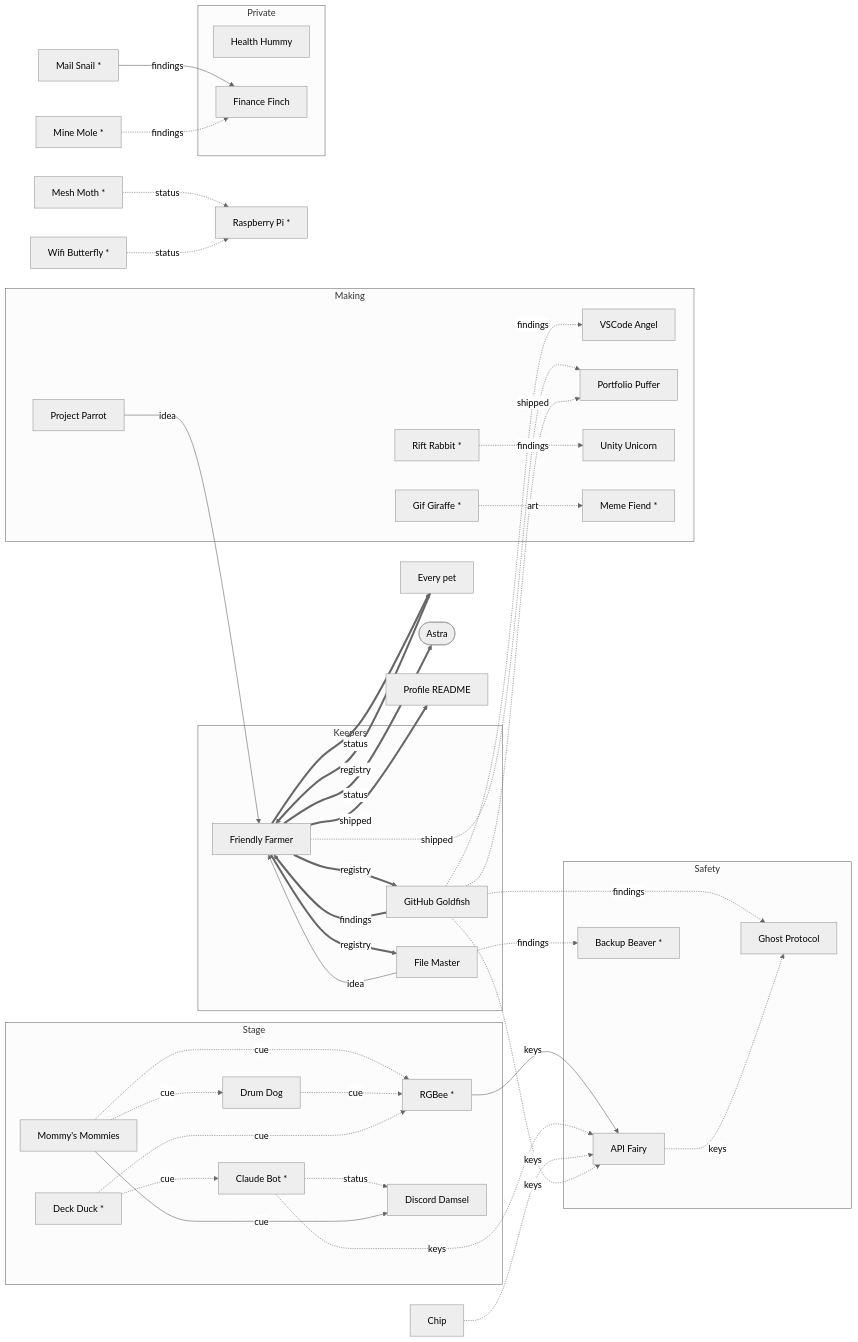
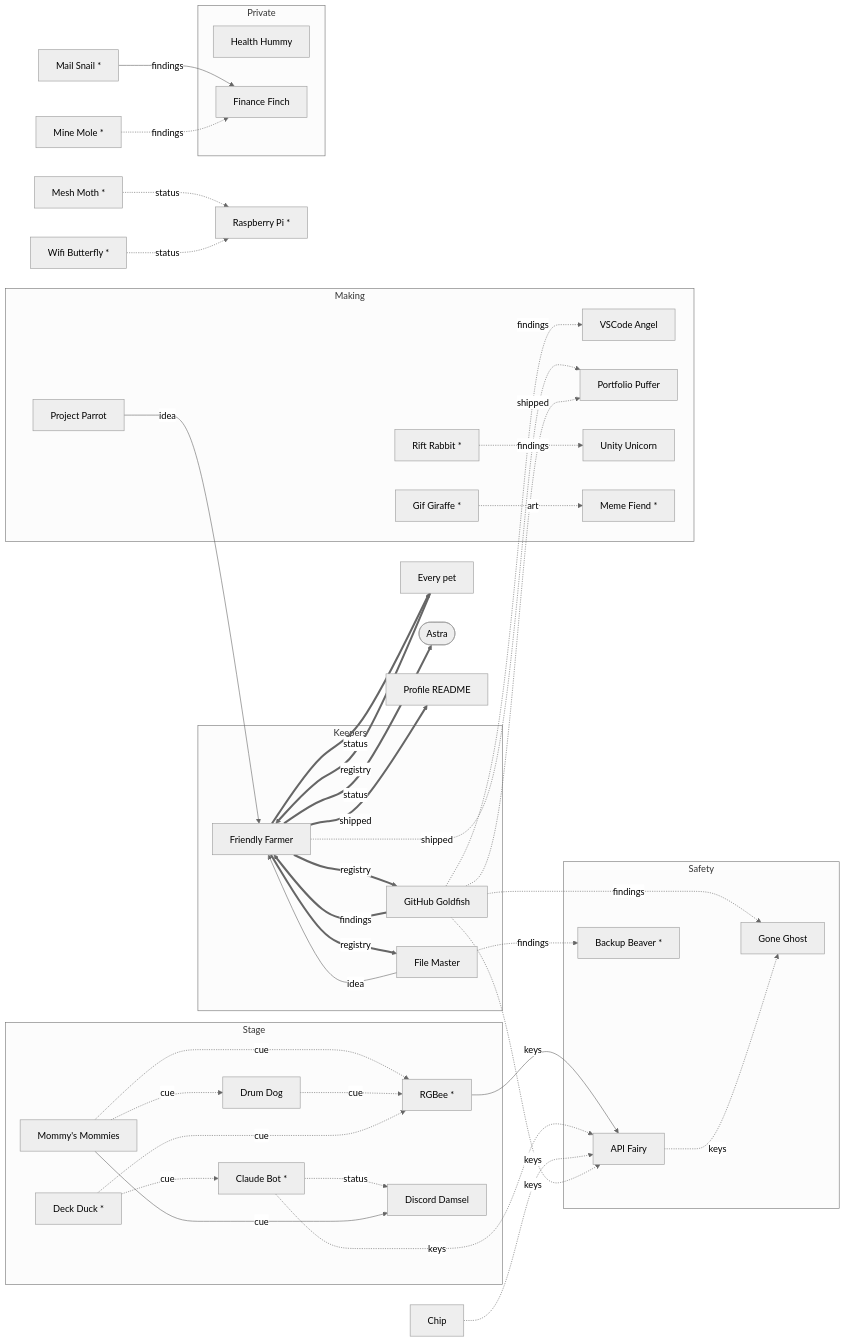
One commit to findastra/astras-pet-apps changed the second of 2 diagrams in RELATIONS.md. Above: the diagram before and after it, drawn with Mermaid (neutral theme). The commit also changed other lines of this file and 57 other files, not shown here.

````diff
--- a/RELATIONS.md
+++ b/RELATIONS.md
@@ -38,75 +38,75 @@
 ```mermaid
 flowchart LR
   subgraph Keepers["Keepers"]
-    astras_pet_apps["Friendly Farmer"]
+    astras_pet_os["Friendly Farmer"]
     github_goldfish["GitHub Goldfish"]
     file_master["File Master"]
   end
   subgraph Safety["Safety"]
     api_fairy["API Fairy"]
-    ghost_protocol["Ghost Protocol"]
+    ghost_protocol["Gone Ghost"]
     backup_beaver["Backup Beaver *"]
   end
   subgraph Making["Making"]
     project_parrot["Project Parrot"]
     vscode_angel["VSCode Angel"]
     portfolio_puffer["Portfolio Puffer"]
     unity_unicorn["Unity Unicorn"]
     rift_rabbit["Rift Rabbit *"]
     astras_gif_maker["Gif Giraffe *"]
     meme_fiend["Meme Fiend *"]
   end
   subgraph Stage["Stage"]
     mommys["Mommy's Mommies"]
     drum_dog["Drum Dog"]
     rgbee["RGBee *"]
     deck_duck["Deck Duck *"]
     claude_bot["Claude Bot *"]
     findastra_discord_presence["Discord Damsel"]
   end
   subgraph Private["Private"]
     health_hummy["Health Hummy"]
     finance_finch["Finance Finch"]
   end
   pets["Every pet"]
   astra(["Astra"])
   profile["Profile README"]
   data_dealer["Chip"]
   mail_snail["Mail Snail *"]
   mine_mole["Mine Mole *"]
   mesh_moth["Mesh Moth *"]
   raspberry_berry["Raspberry Pi *"]
   wifi_butterfly["Wifi Butterfly *"]
-  pets ==>|registry| astras_pet_apps
-  astras_pet_apps ==>|status| pets
-  astras_pet_apps ==>|status| astra
-  astras_pet_apps ==>|shipped| profile
-  astras_pet_apps ==>|registry| github_goldfish
-  github_goldfish ==>|findings| astras_pet_apps
-  astras_pet_apps ==>|registry| file_master
-  file_master -->|idea| astras_pet_apps
-  project_parrot -->|idea| astras_pet_apps
+  pets ==>|registry| astras_pet_os
+  astras_pet_os ==>|status| pets
+  astras_pet_os ==>|status| astra
+  astras_pet_os ==>|shipped| profile
+  astras_pet_os ==>|registry| github_goldfish
+  github_goldfish ==>|findings| astras_pet_os
+  astras_pet_os ==>|registry| file_master
+  file_master -->|idea| astras_pet_os
+  project_parrot -->|idea| astras_pet_os
   github_goldfish -.->|findings| vscode_angel
   github_goldfish -.->|findings| ghost_protocol
   api_fairy -.->|keys| ghost_protocol
   rgbee -->|keys| api_fairy
   claude_bot -.->|keys| api_fairy
   data_dealer -.->|keys| api_fairy
   github_goldfish -.->|keys| api_fairy
-  astras_pet_apps -.->|shipped| portfolio_puffer
+  astras_pet_os -.->|shipped| portfolio_puffer
   claude_bot -.->|status| findastra_discord_presence
   mommys -.->|cue| rgbee
   mommys -.->|cue| drum_dog
   drum_dog -.->|cue| rgbee
   deck_duck -.->|cue| rgbee
   deck_duck -.->|cue| claude_bot
   rift_rabbit -.->|findings| unity_unicorn
   astras_gif_maker -.->|art| meme_fiend
   file_master -.->|findings| backup_beaver
   mail_snail -->|findings| finance_finch
   mommys -->|cue| findastra_discord_presence
   github_goldfish -.->|shipped| portfolio_puffer
   mine_mole -.->|findings| finance_finch
   mesh_moth -.->|status| raspberry_berry
   wifi_butterfly -.->|status| raspberry_berry
 ```
````
